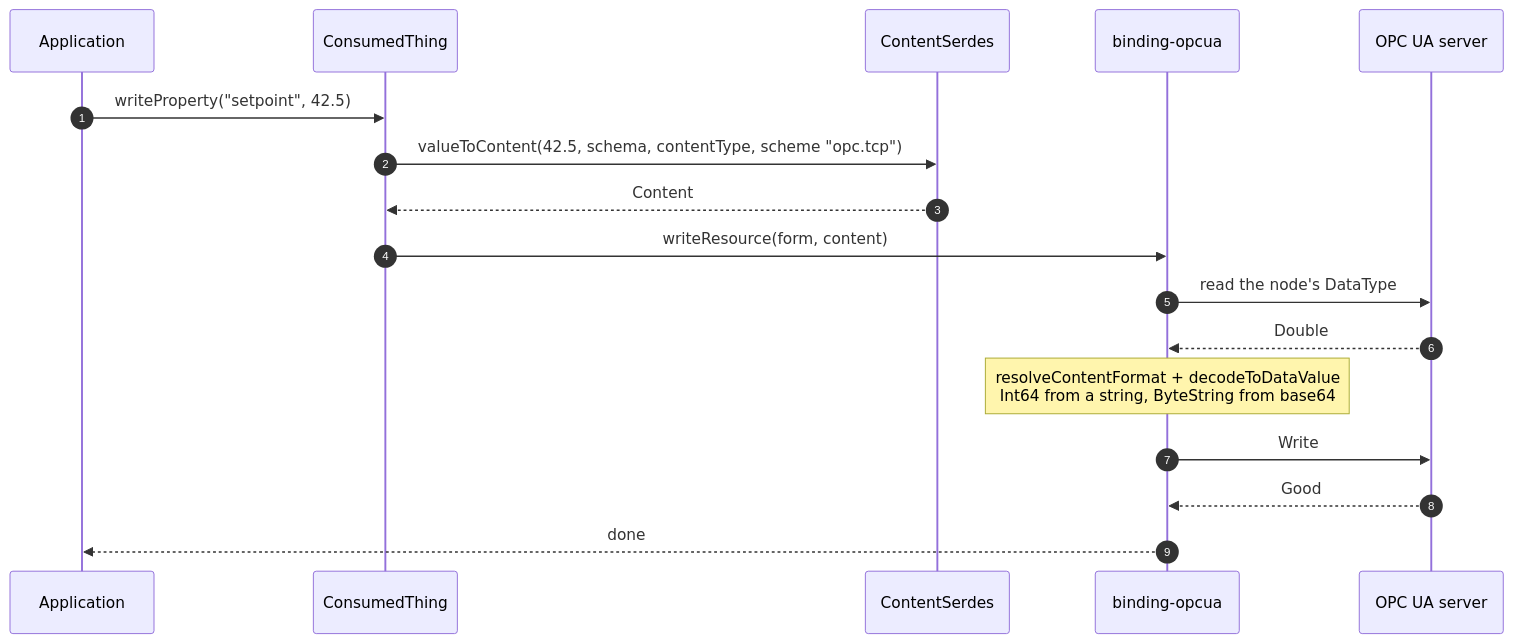
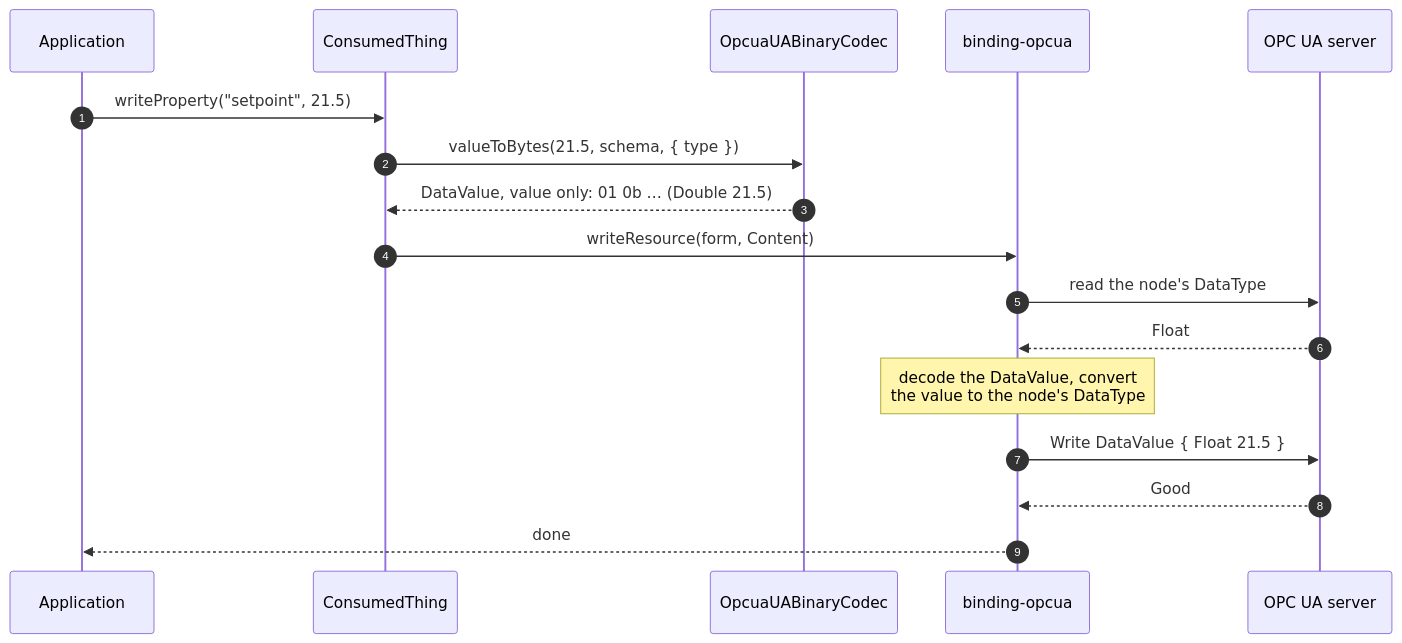
Before and after one commit to eclipse-thingweb/node-wot: the second of 2 diagrams in packages/binding-opcua/doc/content-negotiation.md, drawn with Mermaid. The commit also changed other lines of this file and 5 other files, not shown here.

First line of the commit message:
docs(binding-opcua): decision D8 and the contentType pages

````diff
--- a/packages/binding-opcua/doc/content-negotiation.md
+++ b/packages/binding-opcua/doc/content-negotiation.md
@@ -116,19 +118,19 @@
 ```mermaid
 sequenceDiagram
     autonumber
     participant App as Application
     participant CT as ConsumedThing
-    participant CS as ContentSerdes
+    participant UB as OpcuaUABinaryCodec
     participant B as binding-opcua
     participant Srv as OPC UA server
-    App->>CT: writeProperty("setpoint", 42.5)
-    CT->>CS: valueToContent(42.5, schema, contentType, scheme "opc.tcp")
-    CS-->>CT: Content
-    CT->>B: writeResource(form, content)
+    App->>CT: writeProperty("setpoint", 21.5)
+    CT->>UB: valueToBytes(21.5, schema, { type })
+    UB-->>CT: DataValue, value only: 01 0b … (Double 21.5)
+    CT->>B: writeResource(form, Content)
     B->>Srv: read the node's DataType
-    Srv-->>B: Double
-    Note over B: resolveContentFormat + decodeToDataValue<br/>Int64 from a string, ByteString from base64
-    B->>Srv: Write
+    Srv-->>B: Float
+    Note over B: decode the DataValue, convert<br/>the value to the node's DataType
+    B->>Srv: Write DataValue { Float 21.5 }
     Srv-->>B: Good
     B-->>App: done
 ```
````
